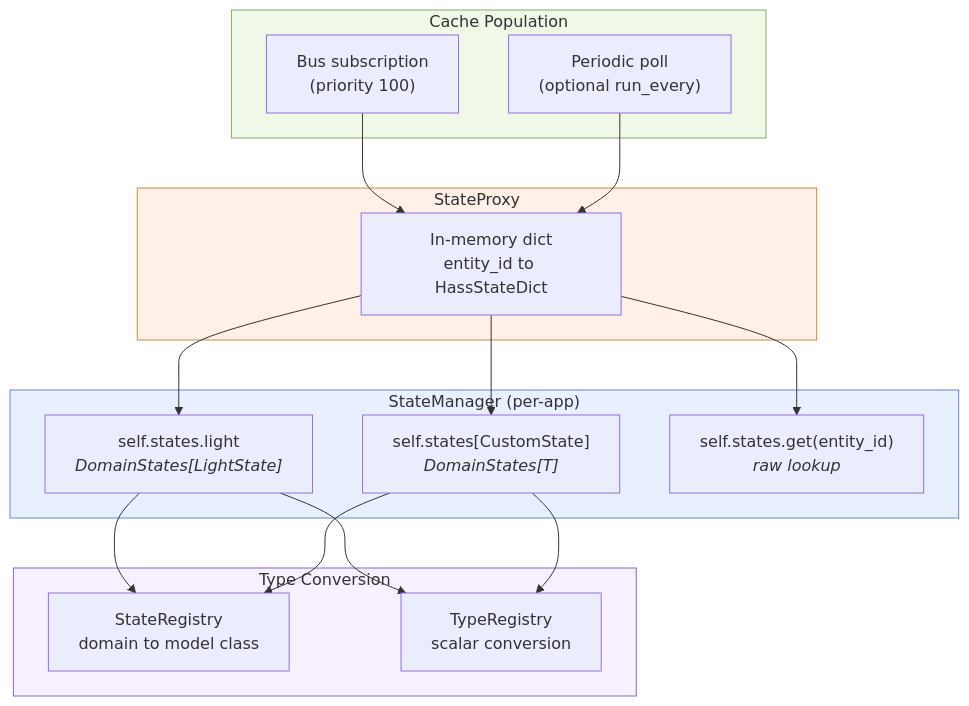
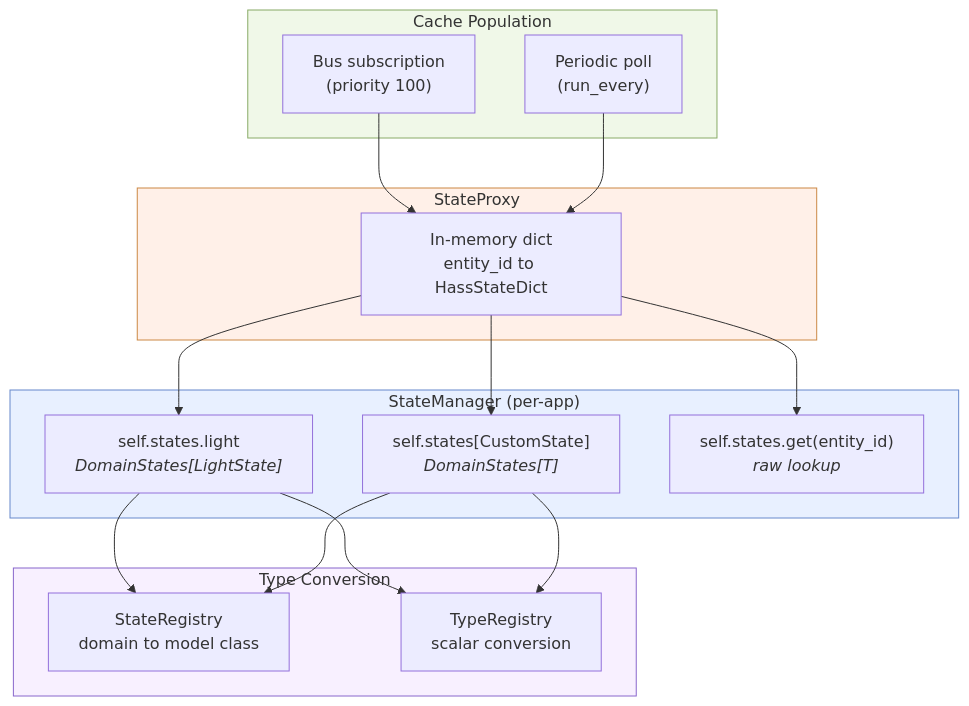
Before and after one commit to NodeJSmith/hassette: the third of 5 diagrams in docs/pages/core-concepts/internals/service-details.md, drawn with Mermaid.

Commit message:
refactor: address review findings in state proxy poll diagram label

````diff
--- a/docs/pages/core-concepts/internals/service-details.md
+++ b/docs/pages/core-concepts/internals/service-details.md
@@ -165,35 +165,35 @@
 ```mermaid
 flowchart TD
     accTitle: State Management
     accDescr: How entity states flow from HA through the cache to typed app access
 
     subgraph sources["Cache Population"]
         bus_sub["Bus subscription<br/>(priority 100)"]
-        poll["Periodic poll<br/>(optional run_every)"]
+        poll["Periodic poll<br/>(run_every)"]
     end
 
     subgraph proxy["StateProxy"]
         cache["In-memory dict<br/>entity_id to HassStateDict"]
     end
 
     subgraph access["StateManager (per-app)"]
         attr["self.states.light<br/><i>DomainStates[LightState]</i>"]
         item["self.states[CustomState]<br/><i>DomainStates[T]</i>"]
         get["self.states.get(entity_id)<br/><i>raw lookup</i>"]
     end
 
     subgraph convert["Type Conversion"]
         SR["StateRegistry<br/>domain to model class"]
         TR["TypeRegistry<br/>scalar conversion"]
     end
 
     bus_sub --> cache
     poll --> cache
     cache --> attr & item & get
     attr & item --> SR & TR
 
     style sources fill:#f0f8e8,stroke:#88aa66
     style proxy fill:#fff0e8,stroke:#cc8844
     style access fill:#e8f0ff,stroke:#6688cc
     style convert fill:#f8f0ff,stroke:#8866cc
 ```
````
